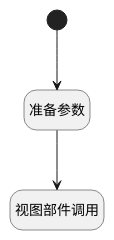
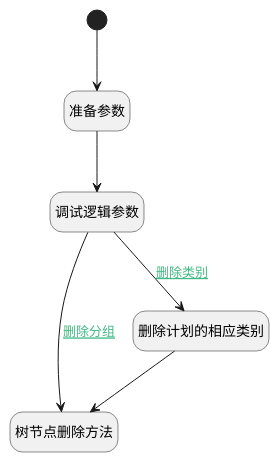
Before and after one commit to iBizLab/plm: the diagram in doc/docsify/module/ProjMgmt/release/uilogic/remove_section_or_category.md, drawn with PlantUML. The commit also changed other lines of this file and 2344 other files, not shown here.

````diff
--- a/doc/docsify/module/ProjMgmt/release/uilogic/remove_section_or_category.md
+++ b/doc/docsify/module/ProjMgmt/release/uilogic/remove_section_or_category.md
@@ -7,21 +7,26 @@
 ```plantuml
 @startuml
 hide footbox
 <style>
 root {
   HyperlinkColor #42b983
 }
 </style>
 
 hide empty description
 state "开始" as Begin <<start>> [[$./remove_section_or_category#begin {开始}]]
-state "视图部件调用" as VIEWCTRLINVOKE1  [[$./remove_section_or_category#viewctrlinvoke1 {视图部件调用}]]
+state "树节点删除方法" as VIEWCTRLINVOKE1  [[$./remove_section_or_category#viewctrlinvoke1 {树节点删除方法}]]
 state "准备参数" as PREPAREJSPARAM1  [[$./remove_section_or_category#preparejsparam1 {准备参数}]]
+state "删除计划的相应类别" as DEACTION1  [[$./remove_section_or_category#deaction1 {删除计划的相应类别}]]
+state "调试逻辑参数" as DEBUGPARAM1  [[$./remove_section_or_category#debugparam1 {调试逻辑参数}]]
 
 
 Begin --> PREPAREJSPARAM1
-PREPAREJSPARAM1 --> VIEWCTRLINVOKE1
+PREPAREJSPARAM1 --> DEBUGPARAM1
+DEBUGPARAM1 --> DEACTION1 : [[$./remove_section_or_category#debugparam1-deaction1{删除类别} 删除类别]]
+DEACTION1 --> VIEWCTRLINVOKE1
+DEBUGPARAM1 --> VIEWCTRLINVOKE1 : [[$./remove_section_or_category#debugparam1-viewctrlinvoke1{删除分组} 删除分组]]
 
 
 @enduml
 ```
````
